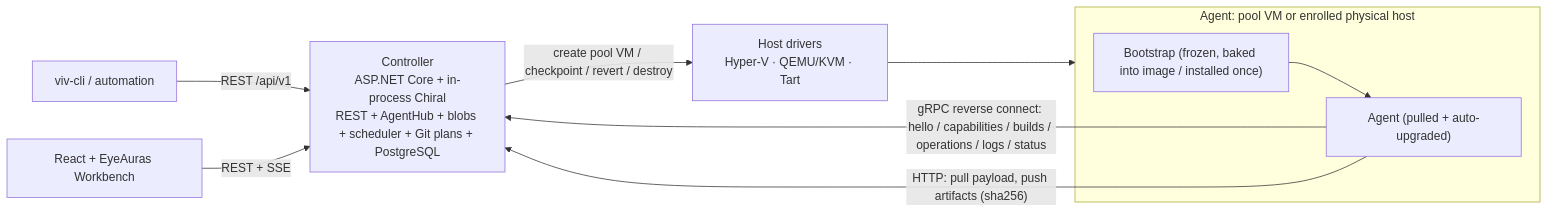
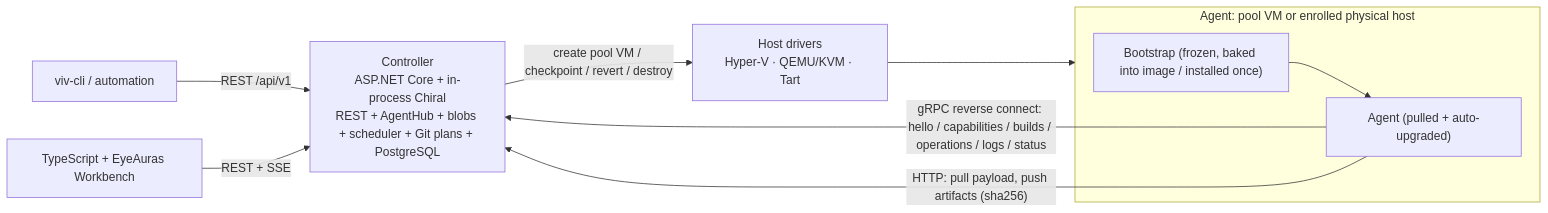
The diagram in docs/ARCHITECTURE.md (iXab3r/Vivarium), drawn with Mermaid before and after one commit. The commit also changed other lines of this file and 32 other files, not shown here.

````diff
--- a/docs/ARCHITECTURE.md
+++ b/docs/ARCHITECTURE.md
@@ -76,13 +76,13 @@
 ```mermaid
 flowchart LR
     CLI["viv-cli / automation"] -- "REST /api/v1" --> C
-    UI["React + EyeAuras Workbench"] -- "REST + SSE" --> C
+    UI["TypeScript + EyeAuras Workbench"] -- "REST + SSE" --> C
     C["Controller<br/>ASP.NET Core + in-process Chiral<br/>REST + AgentHub + blobs + scheduler + Git plans + PostgreSQL"]
     C -- "create pool VM / checkpoint / revert / destroy" --> D["Host drivers<br/>Hyper-V · QEMU/KVM · Tart"]
     subgraph Clone ["Agent: pool VM or enrolled physical host"]
         B["Bootstrap (frozen, baked into image / installed once)"] --> A["Agent (pulled + auto-upgraded)"]
     end
     D --> Clone
     A -- "gRPC reverse connect: hello / capabilities / builds / operations / logs / status" --> C
     A -- "HTTP: pull payload, push artifacts (sha256)" --> C
 ```
````
